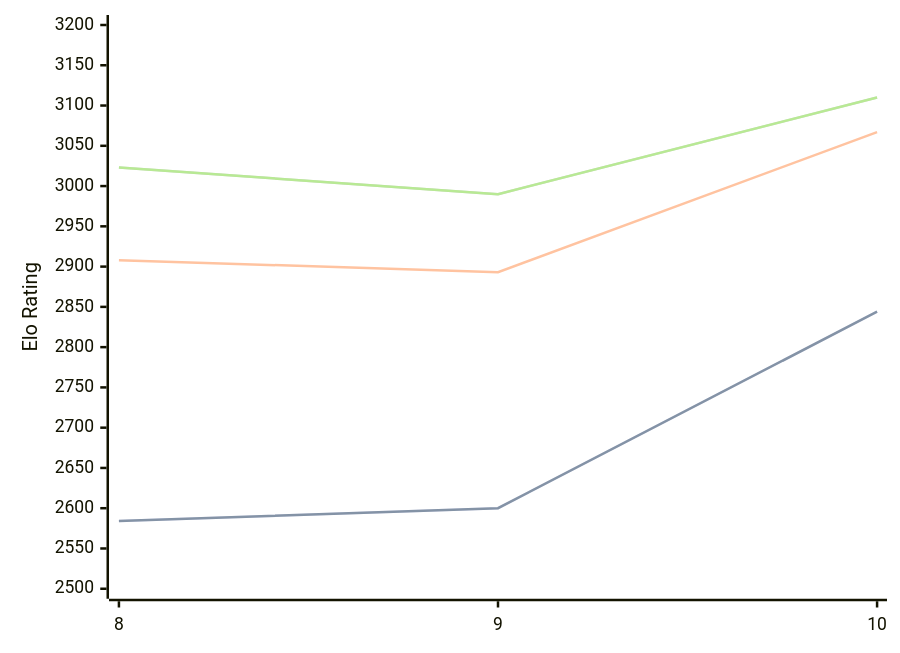
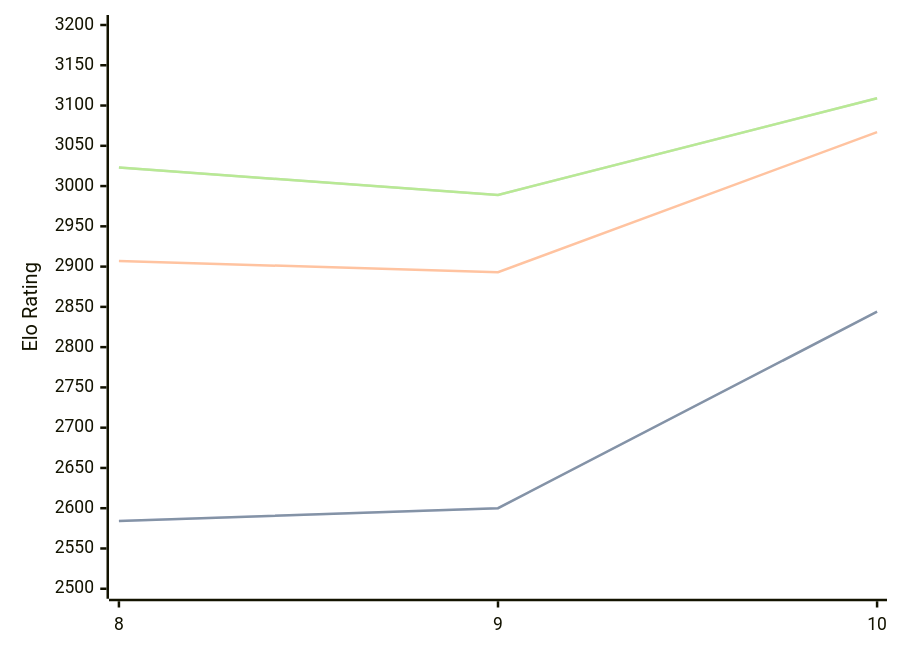
The diagram in engines/Lozza.md (computer-chess-index/cci), drawn with Mermaid before and after one commit. The commit also changed other lines of this file, not shown here.

Commit message:
Update CCI Ratings (ELO VLTC) - 2026-08-02

````diff
--- a/engines/Lozza.md
+++ b/engines/Lozza.md
@@ -41,11 +41,11 @@
 ```mermaid
 %%{init: {"theme":"base","themeVariables":{"seriesColors:['#a3a3a3','#222221','#faa371']}}}%%
 xychart-beta
   x-axis ["8", "9", "10"]
   y-axis "Elo Rating" 2500 --> 3200
   line "STC (8.0+0.08s)" [2584, 2600, 2844]
   line "STC (8.0+0.08s)" [2584, 2600, 2844]
-  line "LTC (60.0+0.60s)" [2908, 2893, 3067]
-  line "VLTC (2m24s+1.12s)" [3023, 2990, 3110]
-  line "VLTC (2m24s+1.12s)" [3023, 2990, 3110]
+  line "LTC (60.0+0.60s)" [2907, 2893, 3067]
+  line "VLTC (2m24s+1.12s)" [3023, 2989, 3109]
+  line "VLTC (2m24s+1.12s)" [3023, 2989, 3109]
 ```
````
